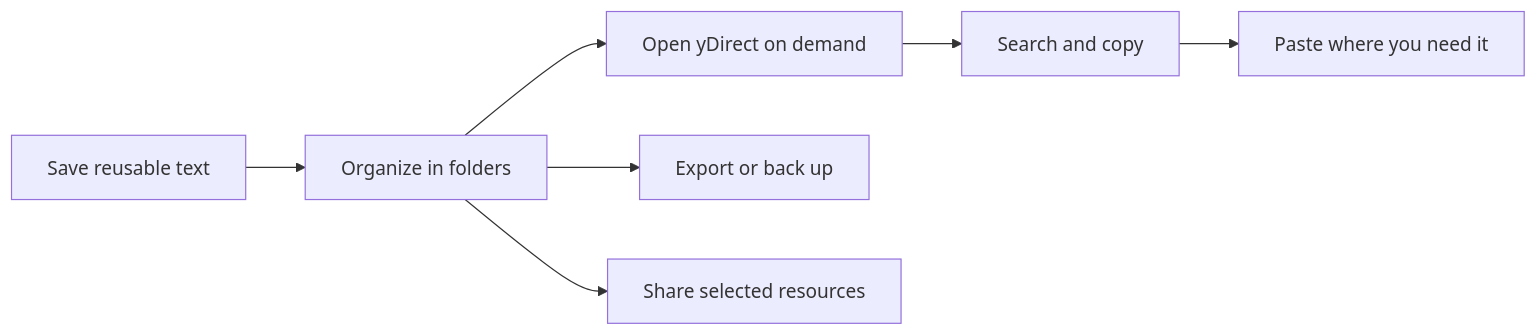
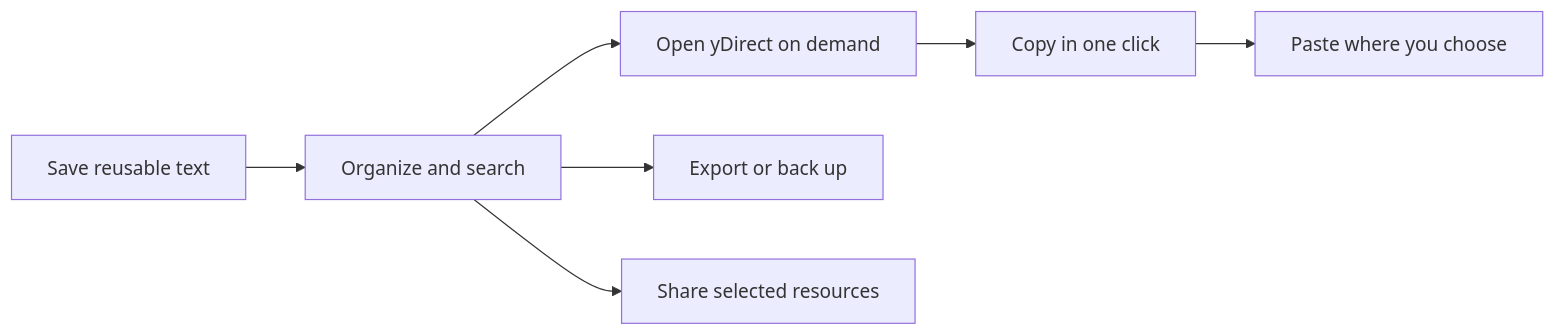
One commit to abhay-yemekar/ydirect changed the first of 2 diagrams in README.md. Above: the diagram before and after it, drawn with Mermaid. The commit also changed other lines of this file and 26 other files, not shown here.

````diff
--- a/README.md
+++ b/README.md
@@ -81,9 +114,9 @@
 ```mermaid
 flowchart LR
-    A["Save reusable text"] --> B["Organize in folders"]
+    A["Save reusable text"] --> B["Organize and search"]
     B --> C["Open yDirect on demand"]
-    C --> D["Search and copy"]
-    D --> E["Paste where you need it"]
+    C --> D["Copy in one click"]
+    D --> E["Paste where you choose"]
     B --> F["Export or back up"]
     B --> G["Share selected resources"]
 ```
````
